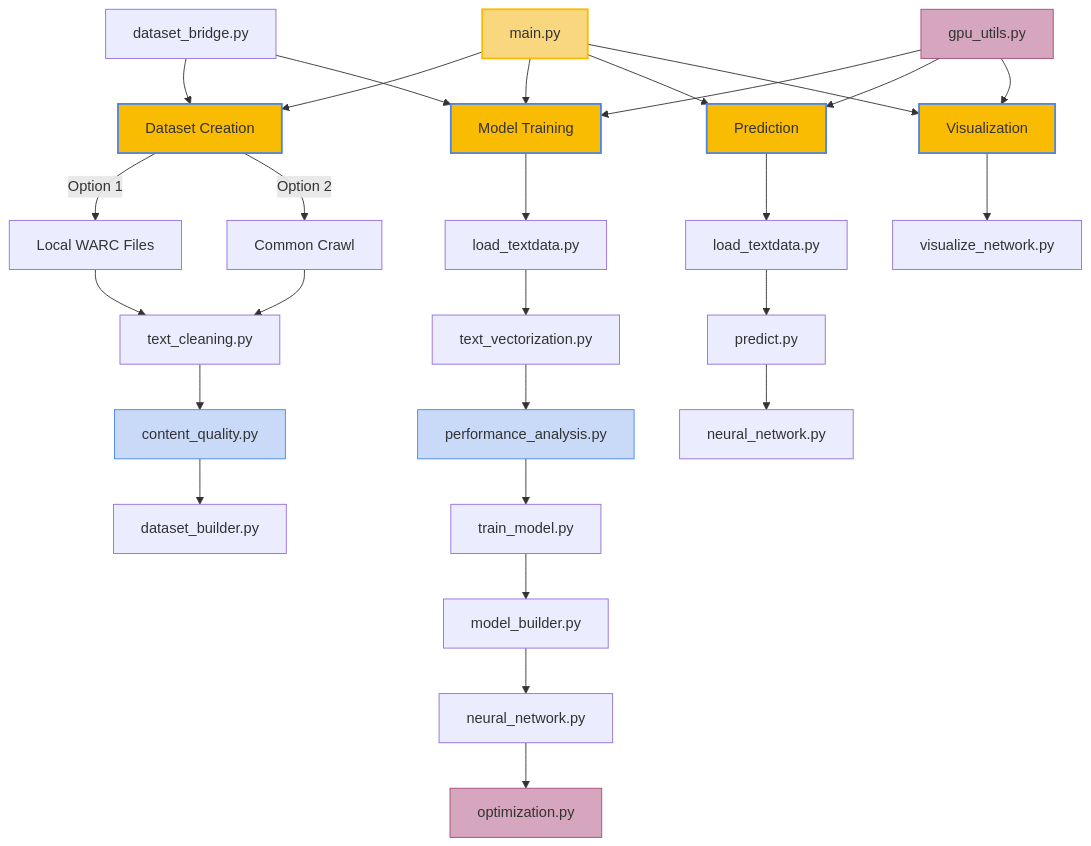
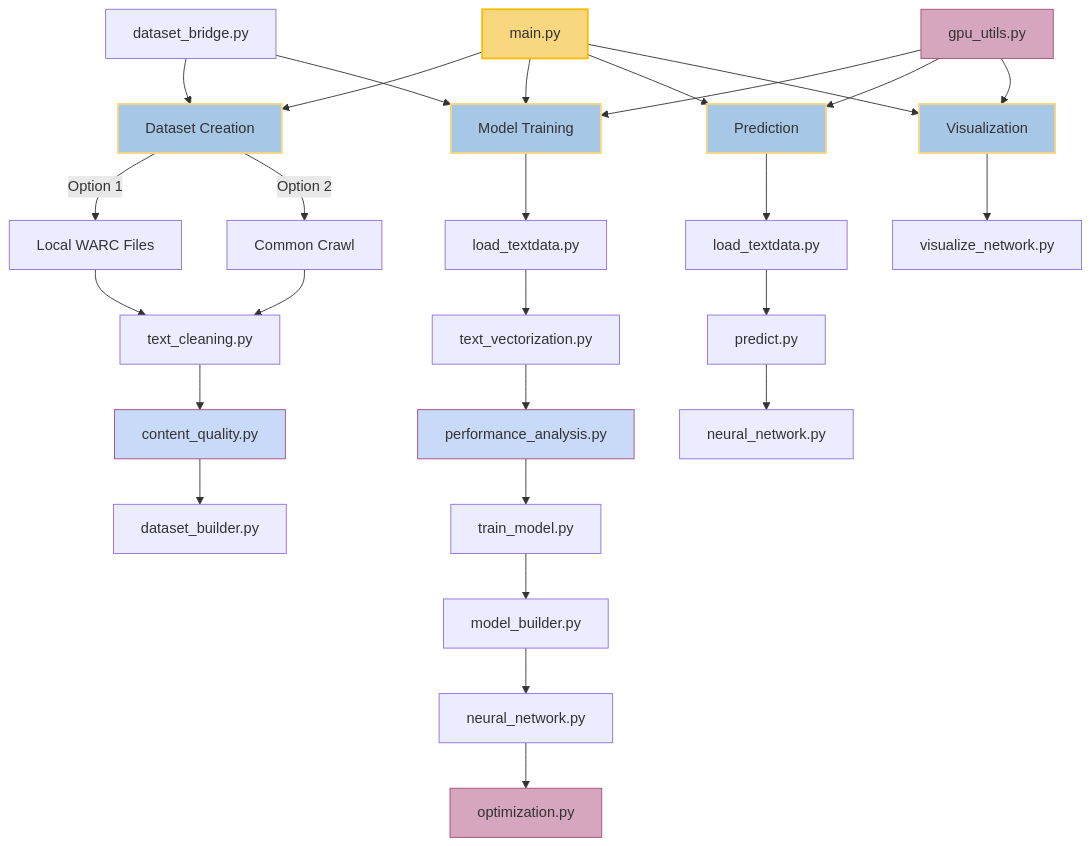
One commit to Ethan-LWT/NLP_project changed the diagram in README.md. Above: the diagram before and after it, drawn with Mermaid.

Commit message:
update the font style

````diff
--- a/README.md
+++ b/README.md
@@ -388,53 +388,53 @@
 ```mermaid
 graph TD
     %% Main Entry Points
     A[main.py] --> B1[Dataset Creation]
     A --> B2[Model Training]
     A --> B3[Prediction]
     A --> B4[Visualization]
     
     %% Dataset Creation Path
     B1 --> |Option 1| C1[Local WARC Files]
     B1 --> |Option 2| C2[Common Crawl]
     C1 --> D1[text_cleaning.py]
     C2 --> D1
     D1 --> E1[content_quality.py]
     E1 --> F1[dataset_builder.py]
     
     %% Model Training Path
     B2 --> C3[load_textdata.py]
     C3 --> D2[text_vectorization.py]
     D2 --> E2[performance_analysis.py]
     E2 --> F2[train_model.py]
     F2 --> G1[model_builder.py]
     G1 --> H1[neural_network.py]
     H1 --> I1[optimization.py]
     
     %% Prediction Path
     B3 --> C4[load_textdata.py]
     C4 --> D3[predict.py]
     D3 --> E3[neural_network.py]
     
     %% Visualization Path
     B4 --> C5[visualize_network.py]
     
     %% GPU Utilities
     J[gpu_utils.py] --> B2
     J --> B3
     J --> B4
     
     %% Dataset Bridge
     K[dataset_bridge.py] --> B1
     K --> B2
     
     %% Feature Highlights
     style A fill:#f9d77e,stroke:#f9bc02,stroke-width:2px
-    style B1 fill:#f9bc02,stroke:#4a86e8,stroke-width:2px
-    style B2 fill:#f9bc02,stroke:#4a86e8,stroke-width:2px
-    style B3 fill:#f9bc02,stroke:#4a86e8,stroke-width:2px
-    style B4 fill:#f9bc02,stroke:#4a86e8,stroke-width:2px
-    style E1 fill:#c9daf8,stroke:#4a86e8,stroke-width:1px
-    style E2 fill:#c9daf8,stroke:#4a86e8,stroke-width:1px
+    style B1 fill:#a7c7e7,stroke:#f9d77e,stroke-width:2px
+    style B2 fill:#a7c7e7,stroke:#f9d77e,stroke-width:2px
+    style B3 fill:#a7c7e7,stroke:#f9d77e,stroke-width:2px
+    style B4 fill:#a7c7e7,stroke:#f9d77e,stroke-width:2px
+    style E1 fill:#c9daf8,stroke:#a64d79,stroke-width:1px
+    style E2 fill:#c9daf8,stroke:#a64d79,stroke-width:1px
     style I1 fill:#d5a6bd,stroke:#a64d79,stroke-width:1px
     style J fill:#d5a6bd,stroke:#a64d79,stroke-width:1px
 ```
````
